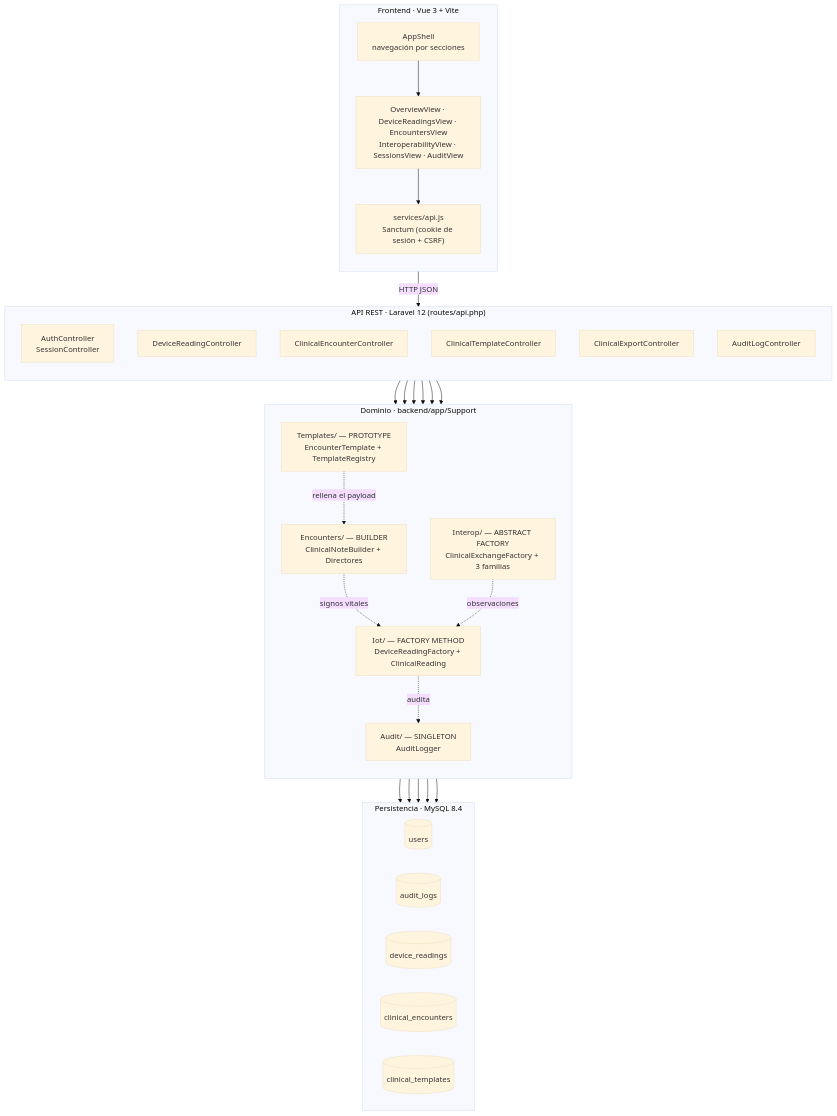
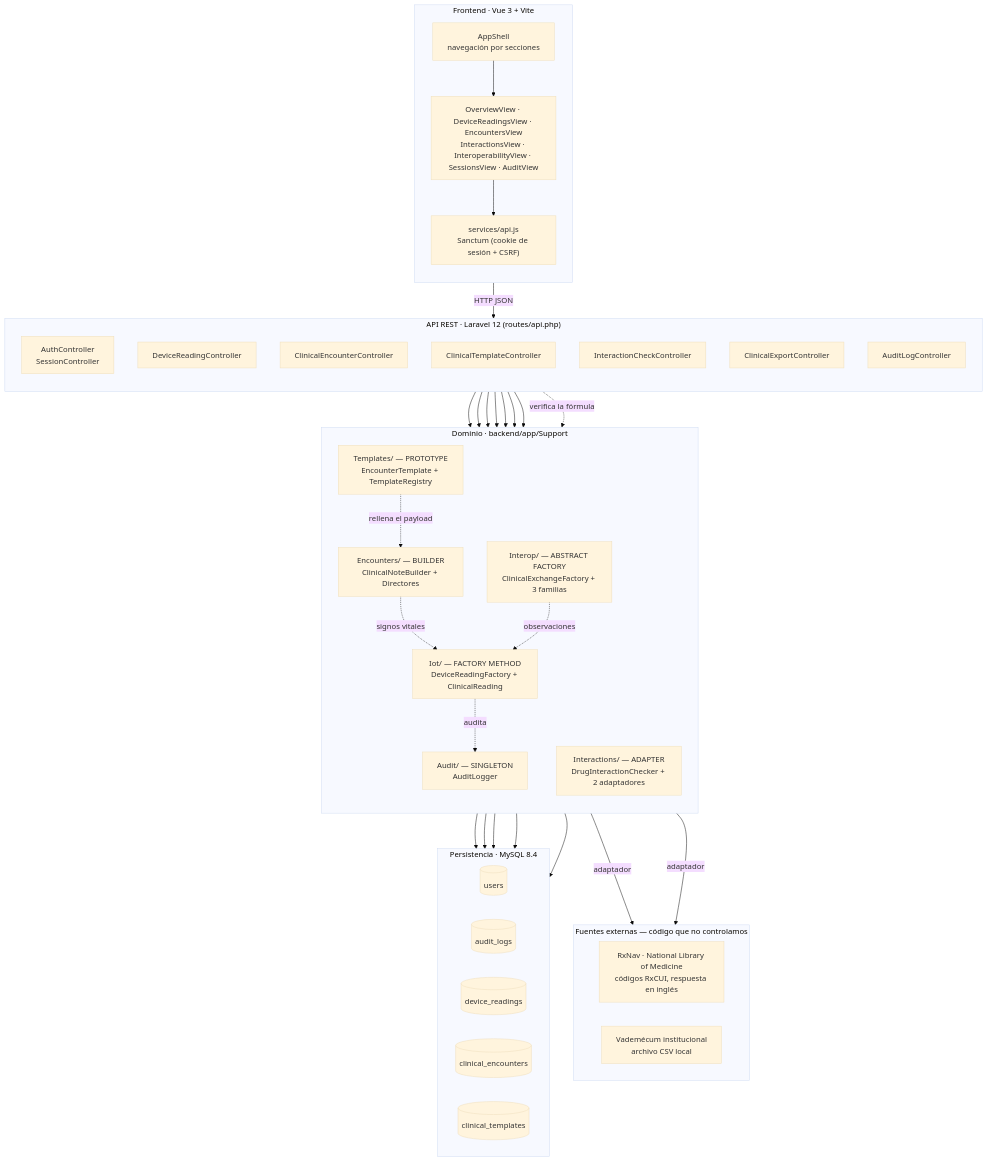
The seventh of 8 diagrams in README.md (ProgramingWithOscar/Sistema-Historias-Clinicas-Electronicas), drawn with Mermaid (base theme) before and after one commit. The commit also changed other lines of this file and 25 other files, not shown here.

````diff
--- a/README.md
+++ b/README.md
@@ -1713,58 +2064,71 @@
 ```mermaid
 flowchart TB
     subgraph FE["Frontend · Vue 3 + Vite"]
         direction TB
         Shell["AppShell<br/>navegación por secciones"]
-        Vistas["OverviewView · DeviceReadingsView · EncountersView<br/>InteroperabilityView · SessionsView · AuditView"]
+        Vistas["OverviewView · DeviceReadingsView · EncountersView<br/>InteractionsView · InteroperabilityView · SessionsView · AuditView"]
         ApiJs["services/api.js<br/>Sanctum (cookie de sesión + CSRF)"]
         Shell --> Vistas --> ApiJs
     end
 
     subgraph API["API REST · Laravel 12 (routes/api.php)"]
         direction TB
         AuthC["AuthController<br/>SessionController"]
         DevC["DeviceReadingController"]
         EncC["ClinicalEncounterController"]
         TplC["ClinicalTemplateController"]
+        IntC["InteractionCheckController"]
         ExpC["ClinicalExportController"]
         AudC["AuditLogController"]
     end
 
     subgraph DOM["Dominio · backend/app/Support"]
         direction TB
         S1["Audit/ — SINGLETON<br/>AuditLogger"]
         S2["Iot/ — FACTORY METHOD<br/>DeviceReadingFactory + ClinicalReading"]
         S3["Encounters/ — BUILDER<br/>ClinicalNoteBuilder + Directores"]
         S4["Templates/ — PROTOTYPE<br/>EncounterTemplate + TemplateRegistry"]
         S5["Interop/ — ABSTRACT FACTORY<br/>ClinicalExchangeFactory + 3 familias"]
+        S6["Interactions/ — ADAPTER<br/>DrugInteractionChecker + 2 adaptadores"]
+    end
+
+    subgraph EXT["Fuentes externas — código que no controlamos"]
+        direction LR
+        X1["RxNav · National Library of Medicine<br/>códigos RxCUI, respuesta en inglés"]
+        X2["Vademécum institucional<br/>archivo CSV local"]
     end
 
     subgraph DB["Persistencia · MySQL 8.4"]
         direction LR
         T1[(users)]
         T2[(audit_logs)]
         T3[(device_readings)]
         T4[(clinical_encounters)]
         T5[(clinical_templates)]
     end
 
     ApiJs -->|HTTP JSON| API
 
     AuthC --> S1
     AudC --> S1
     DevC --> S2
     EncC --> S3
     TplC --> S4
+    IntC --> S6
     ExpC --> S5
 
     S2 -.audita.-> S1
     S3 -.signos vitales.-> S2
     S4 -.rellena el payload.-> S3
     S5 -.observaciones.-> S2
+    EncC -.verifica la fórmula.-> S6
+
+    S6 -->|adaptador| X1
+    S6 -->|adaptador| X2
 
     S1 --> T2
     S2 --> T3
     S3 --> T4
     S4 --> T5
     S1 --> T1
 ```
````
